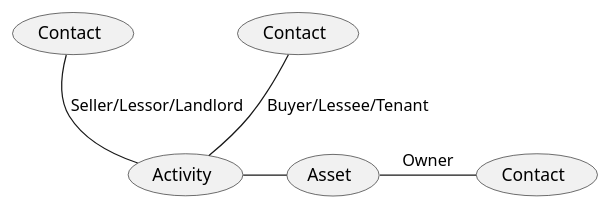
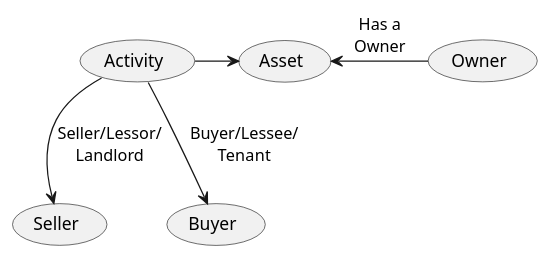
The diagram in assets/RealEstate/Activity.puml (Kf-GaryNewport/Kf-GaryNewport.github.io), drawn with PlantUML before and after one commit. The commit also changed 7 other files, not shown here.

```diff
--- a/assets/RealEstate/Activity.puml
+++ b/assets/RealEstate/Activity.puml
@@ -1,12 +1,12 @@
 @startuml Activity
 
-(Contact) as (DisposingContact)
-(Contact) as (AcquiringContact)
-(Contact) as (Owner)
+' (Contact) as (Seller)
+' (Contact) as (Buyer)
+' (Contact) as (Owner)
 
-(DisposingContact) -- (Activity) : Seller/Lessor/Landlord
-(AcquiringContact) -- (Activity) : Buyer/Lessee/Tenant
-(Activity) - (Asset)
-(Asset) - (Owner) : Owner
+(Seller) <-up- (Activity) : Seller/Lessor/\nLandlord
+(Buyer) <-up- (Activity) : Buyer/Lessee/\nTenant
+(Activity) -> (Asset)
+(Asset) <- (Owner) : Has a\nOwner
 
 @enduml
```
